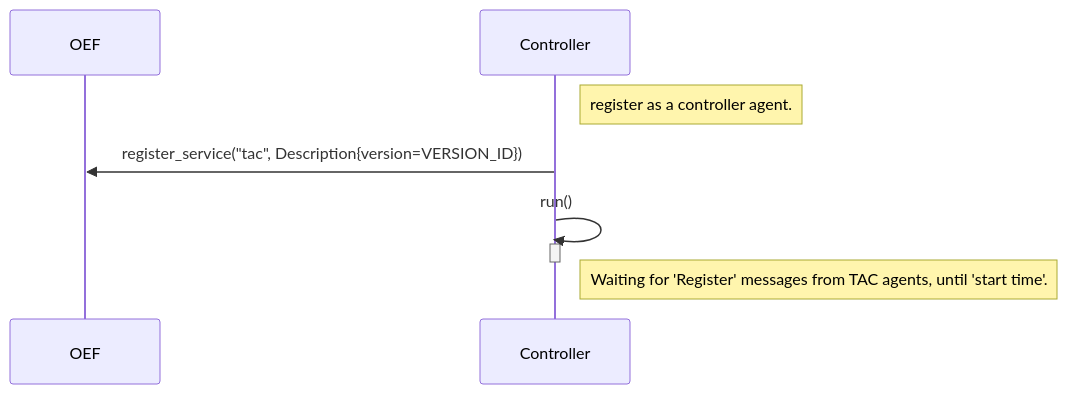
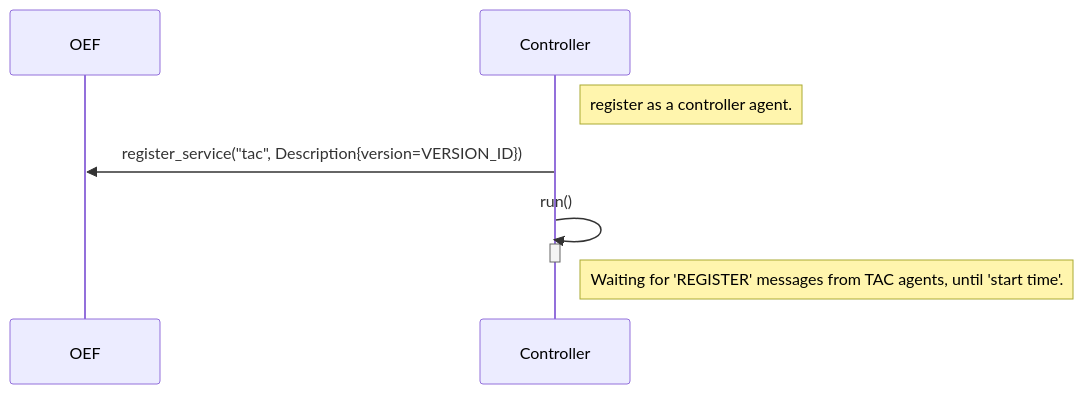
Before and after one commit to fetchai/agents-tac: the diagram in docs/diagrams/controller_setup.mmd, drawn with Mermaid. The commit also changed 23 other files, not shown here.

```diff
--- a/docs/diagrams/controller_setup.mmd
+++ b/docs/diagrams/controller_setup.mmd
@@ -1,12 +1,12 @@
 sequenceDiagram
     participant OEF
     participant Controller
 
     Note right of Controller: register as a controller agent.
 
     Controller->>OEF: register_service("tac", Description{version=VERSION_ID})
     Controller->>Controller: run()
     activate Controller
     deactivate Controller
 
-    Note right of Controller: Waiting for 'Register' messages from TAC agents, until 'start time'.
+    Note right of Controller: Waiting for 'REGISTER' messages from TAC agents, until 'start time'.
```
